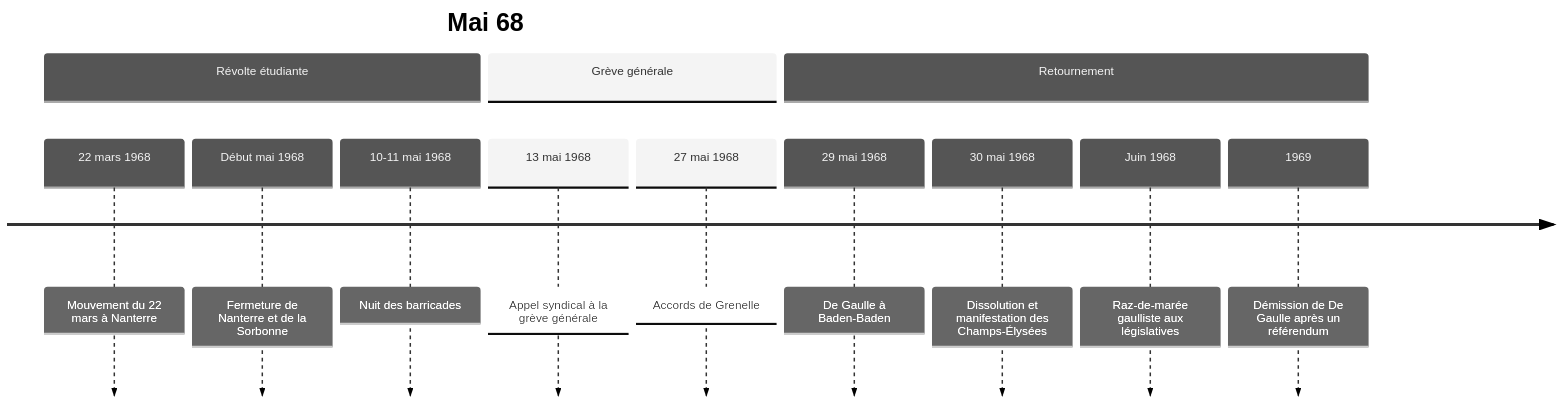
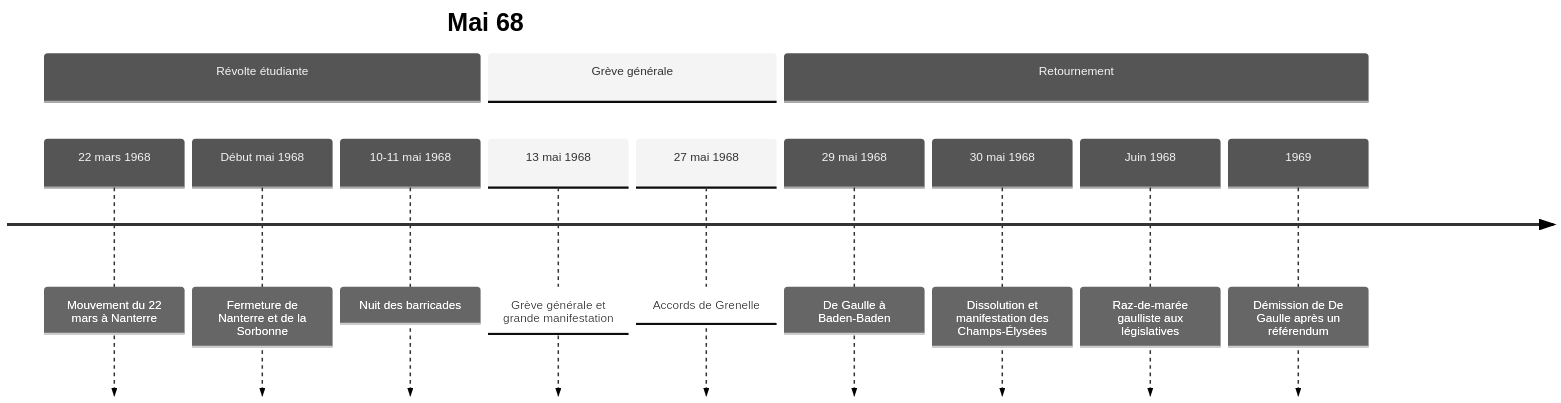
One commit to rwmicro/pensine changed the diagram in Social Sciences/History/France/12 - Mai 68.md. Above: the diagram before and after it, drawn with Mermaid (neutral theme). The commit also changed 4 other files, not shown here.

````diff
--- a/Social Sciences/History/France/12 - Mai 68.md
+++ b/Social Sciences/History/France/12 - Mai 68.md
@@ -20,16 +20,16 @@
 ```mermaid
 timeline
     title Mai 68
     section Révolte étudiante
         22 mars 1968 : Mouvement du 22 mars à Nanterre
         Début mai 1968 : Fermeture de Nanterre et de la Sorbonne
         10-11 mai 1968 : Nuit des barricades
     section Grève générale
-        13 mai 1968 : Appel syndical à la grève générale
+        13 mai 1968 : Grève générale et grande manifestation
         27 mai 1968 : Accords de Grenelle
     section Retournement
         29 mai 1968 : De Gaulle à Baden-Baden
         30 mai 1968 : Dissolution et manifestation des Champs-Élysées
         Juin 1968 : Raz-de-marée gaulliste aux législatives
         1969 : Démission de De Gaulle après un référendum
 ```
````
